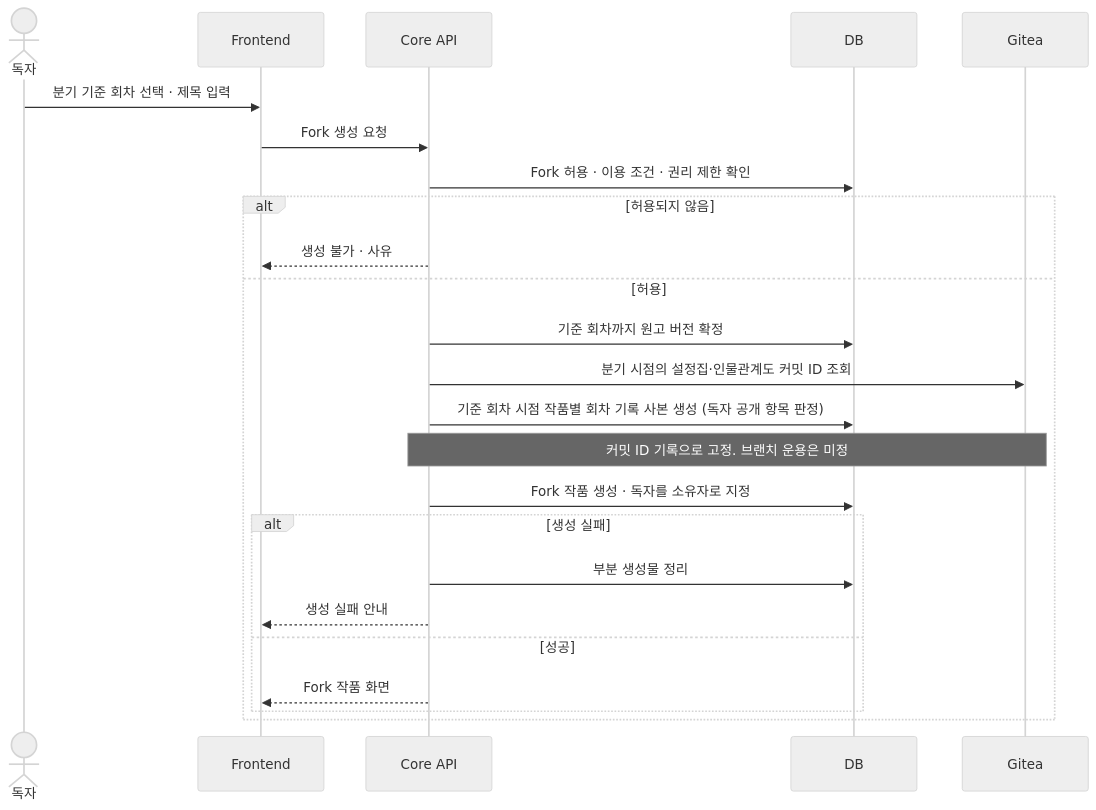
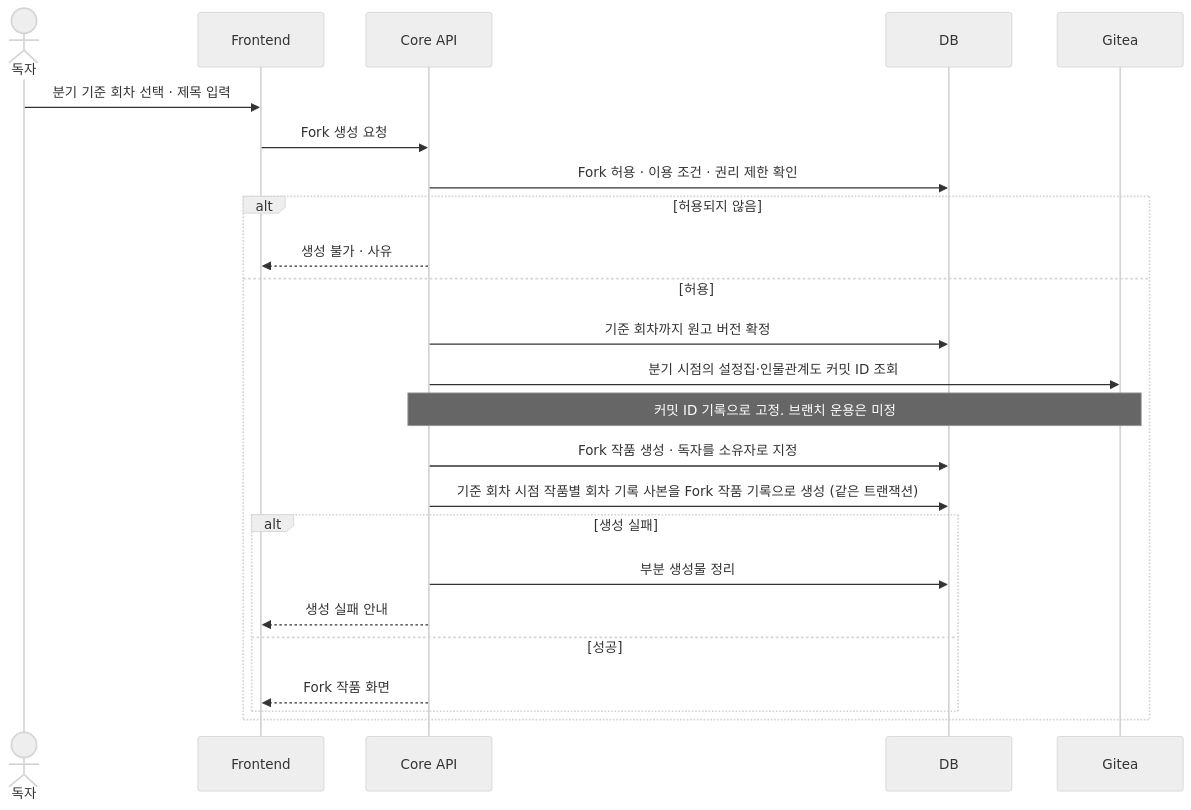
The third of 4 diagrams in docs/diagrams/sequence.md (SKNETWORKS-FAMILY-AICAMP/SKN34-FINAL-4TEAM), drawn with Mermaid (neutral theme) before and after one commit. The commit also changed 12 other files, not shown here.

````diff
--- a/docs/diagrams/sequence.md
+++ b/docs/diagrams/sequence.md
@@ -86,26 +86,26 @@
 ```mermaid
 sequenceDiagram
   actor R as 독자
   participant FE as Frontend
   participant CO as Core API
   participant DB as DB
   participant GT as Gitea
   R->>FE: 분기 기준 회차 선택 · 제목 입력
   FE->>CO: Fork 생성 요청
   CO->>DB: Fork 허용 · 이용 조건 · 권리 제한 확인
   alt 허용되지 않음
     CO-->>FE: 생성 불가 · 사유
   else 허용
     CO->>DB: 기준 회차까지 원고 버전 확정
     CO->>GT: 분기 시점의 설정집·인물관계도 커밋 ID 조회
-    CO->>DB: 기준 회차 시점 작품별 회차 기록 사본 생성 (독자 공개 항목 판정)
     Note over CO,GT: 커밋 ID 기록으로 고정. 브랜치 운용은 미정
     CO->>DB: Fork 작품 생성 · 독자를 소유자로 지정
+    CO->>DB: 기준 회차 시점 작품별 회차 기록 사본을 Fork 작품 기록으로 생성 (같은 트랜잭션)
     alt 생성 실패
       CO->>DB: 부분 생성물 정리
       CO-->>FE: 생성 실패 안내
     else 성공
       CO-->>FE: Fork 작품 화면
     end
   end
 ```
````
